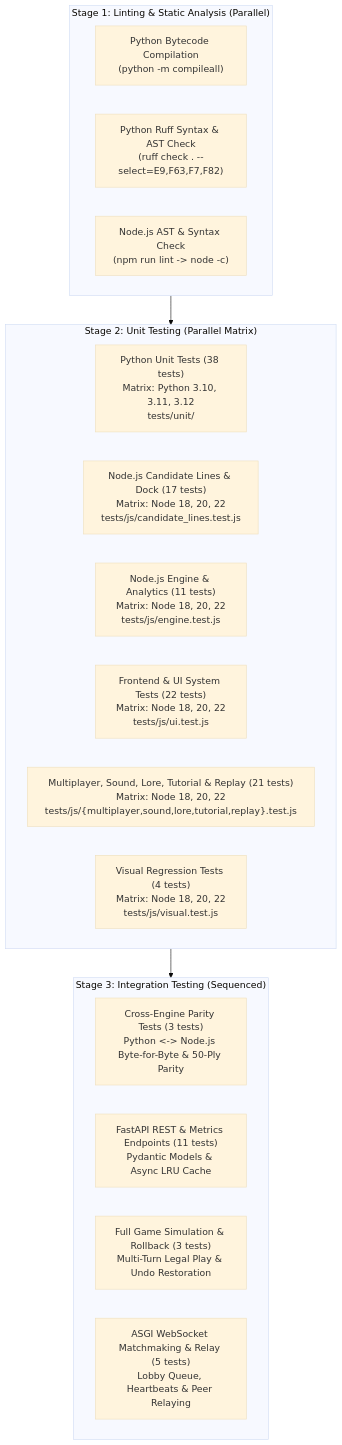
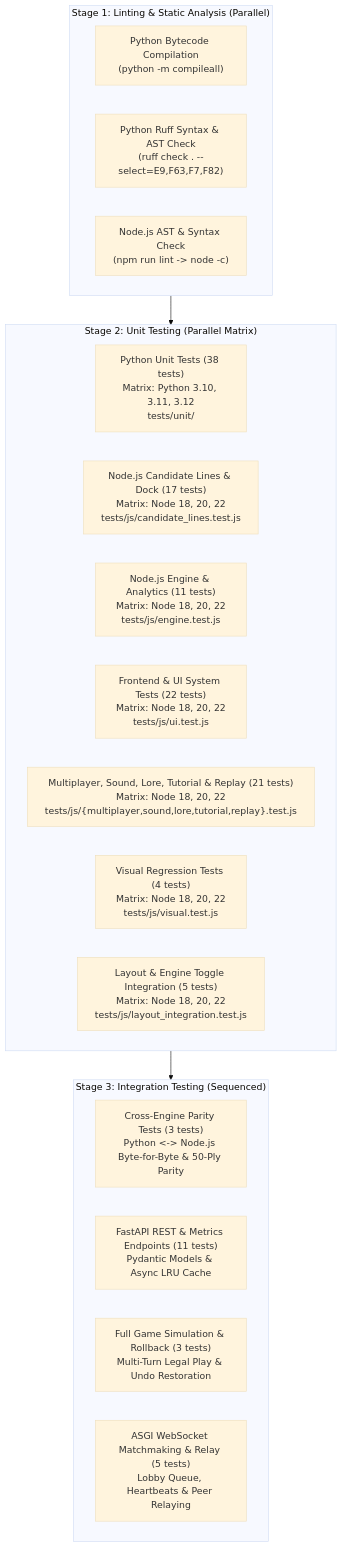
Before and after one commit to kshtomar/TigersDay: the diagram in TESTS.md, drawn with Mermaid (base theme). The commit also changed other lines of this file and 3 other files, not shown here.

Commit message:
test(layout): add automated integration tests for engine toggle cycles and gapless desktop layout

````diff
--- a/TESTS.md
+++ b/TESTS.md
@@ -11,27 +11,28 @@
 ```mermaid
 flowchart TD
     subgraph Stage1["Stage 1: Linting & Static Analysis (Parallel)"]
         L1["Python Bytecode Compilation<br/>(python -m compileall)"]
         L2["Python Ruff Syntax & AST Check<br/>(ruff check . --select=E9,F63,F7,F82)"]
         L3["Node.js AST & Syntax Check<br/>(npm run lint -> node -c)"]
     end
 
     subgraph Stage2["Stage 2: Unit Testing (Parallel Matrix)"]
         U1["Python Unit Tests (38 tests)<br/>Matrix: Python 3.10, 3.11, 3.12<br/>tests/unit/"]
         U2["Node.js Candidate Lines & Dock (17 tests)<br/>Matrix: Node 18, 20, 22<br/>tests/js/candidate_lines.test.js"]
         U3["Node.js Engine & Analytics (11 tests)<br/>Matrix: Node 18, 20, 22<br/>tests/js/engine.test.js"]
         U4["Frontend & UI System Tests (22 tests)<br/>Matrix: Node 18, 20, 22<br/>tests/js/ui.test.js"]
         U5["Multiplayer, Sound, Lore, Tutorial & Replay (21 tests)<br/>Matrix: Node 18, 20, 22<br/>tests/js/{multiplayer,sound,lore,tutorial,replay}.test.js"]
         U6["Visual Regression Tests (4 tests)<br/>Matrix: Node 18, 20, 22<br/>tests/js/visual.test.js"]
+        U7["Layout & Engine Toggle Integration (5 tests)<br/>Matrix: Node 18, 20, 22<br/>tests/js/layout_integration.test.js"]
     end
 
     subgraph Stage3["Stage 3: Integration Testing (Sequenced)"]
         I1["Cross-Engine Parity Tests (3 tests)<br/>Python <-> Node.js Byte-for-Byte & 50-Ply Parity"]
         I2["FastAPI REST & Metrics Endpoints (11 tests)<br/>Pydantic Models & Async LRU Cache"]
         I3["Full Game Simulation & Rollback (3 tests)<br/>Multi-Turn Legal Play & Undo Restoration"]
         I4["ASGI WebSocket Matchmaking & Relay (5 tests)<br/>Lobby Queue, Heartbeats & Peer Relaying"]
     end
 
     Stage1 --> Stage2
     Stage2 --> Stage3
 ```
````
